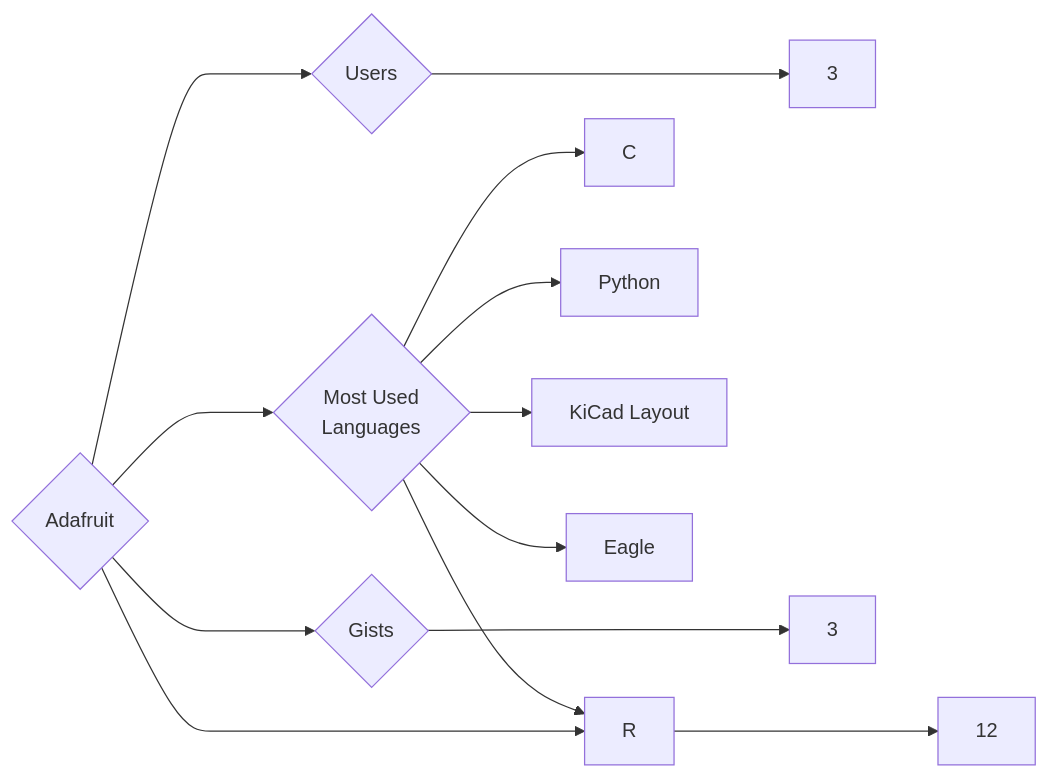
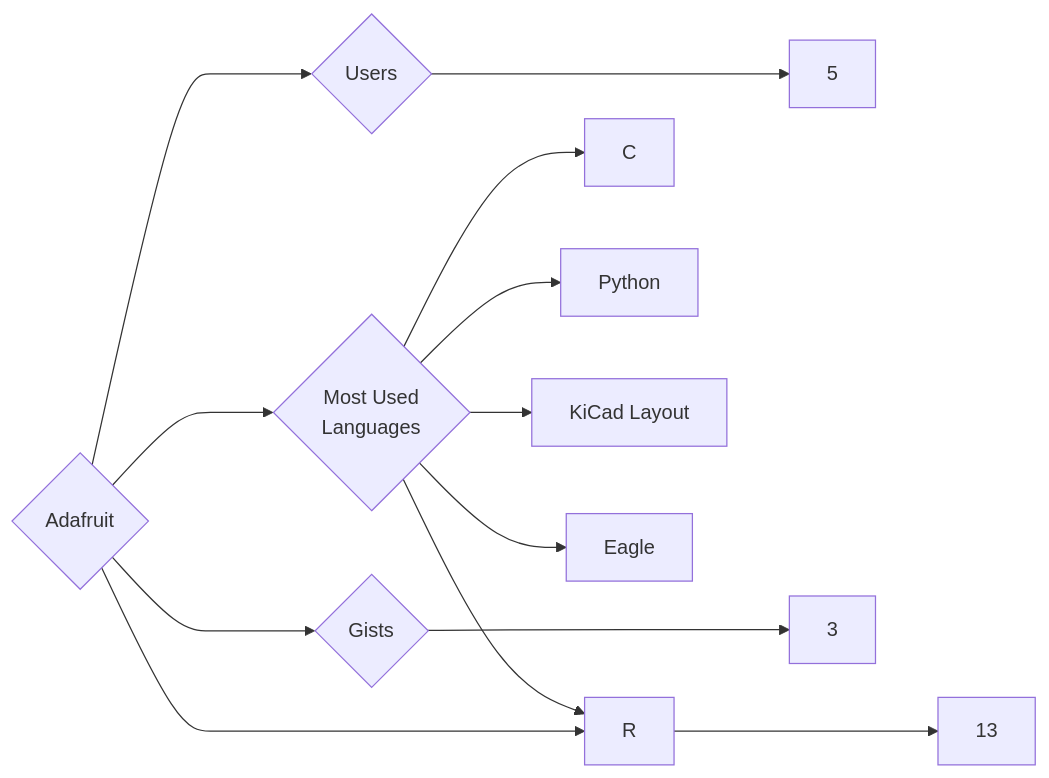
One commit to trickest/insiders changed the diagram in targets/Adafruit/README.md. Above: the diagram before and after it, drawn with Mermaid. The commit also changed 912 other files, not shown here.

````diff
--- a/targets/Adafruit/README.md
+++ b/targets/Adafruit/README.md
@@ -3,13 +3,13 @@
 ```mermaid
 graph LR
 COMPANY_NAME{Adafruit}
-COMPANY_NAME ---> U{Users} ---> UN[3]
-COMPANY_NAME ---> R{Repositories} ---> RN[12]
+COMPANY_NAME ---> U{Users} ---> UN[5]
+COMPANY_NAME ---> R{Repositories} ---> RN[13]
 COMPANY_NAME ---> G{Gists} ---> GN[3]
 COMPANY_NAME ---> ML{Most Used<br>Languages}
 ML --> C[C]
 ML --> Python[Python]
 ML --> R[R]
 ML --> KiCad_Layout[KiCad Layout]
 ML --> Eagle[Eagle]
 ```
````
